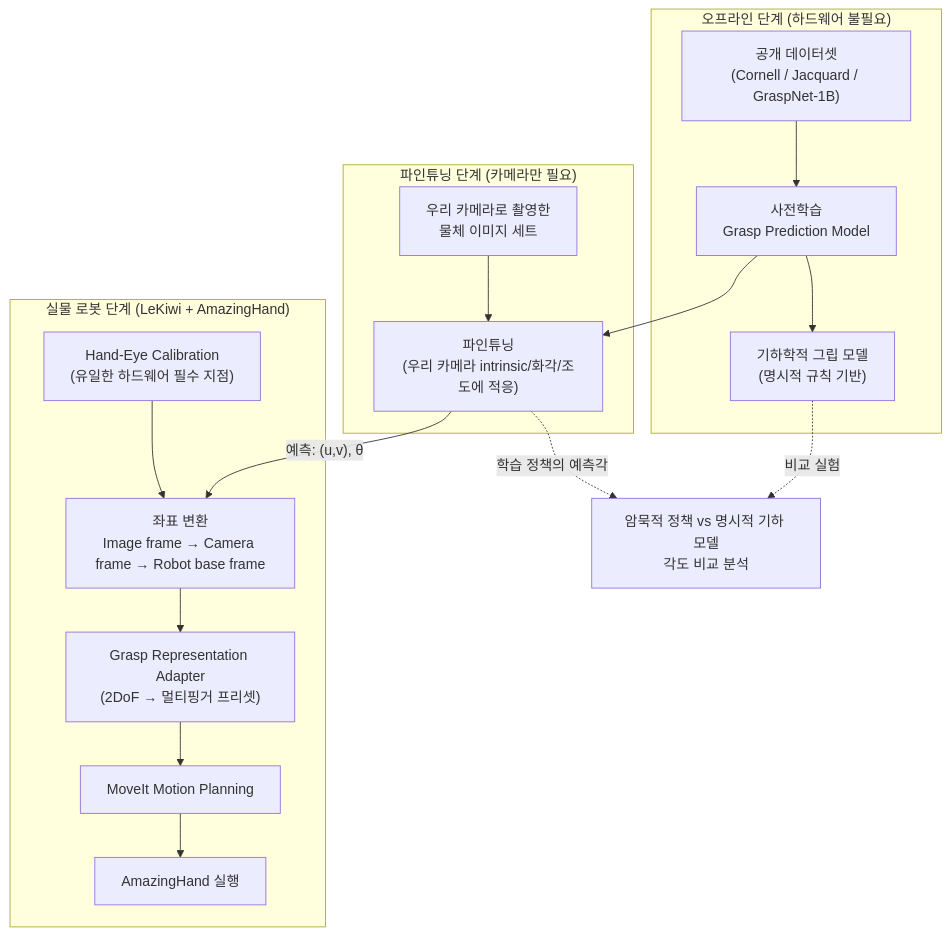
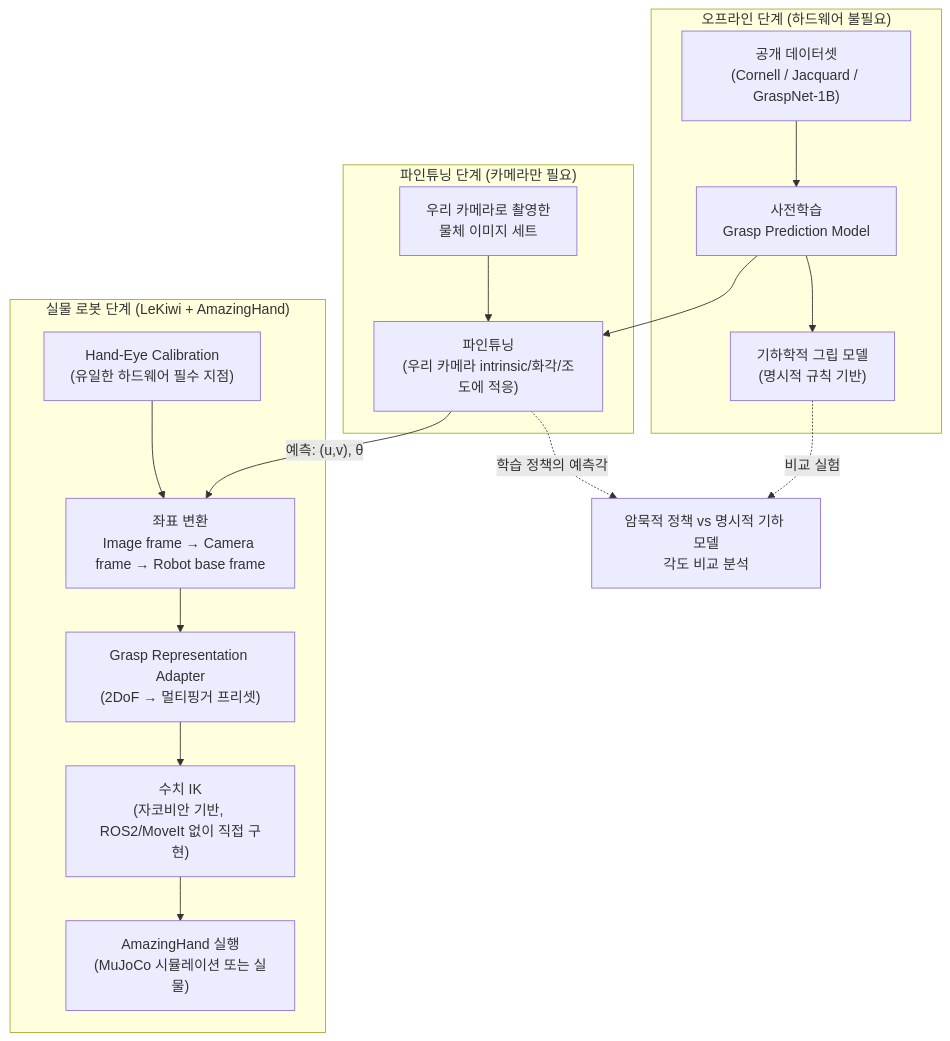
Before and after one commit to vpfmtldk/first-repository: the first of 2 diagrams in docs/grip-angle-auto-search.md, drawn with Mermaid. The commit also changed other lines of this file, not shown here.

First line of the commit message:
docs: Phase 4~6 파이프라인에서 ROS2 제거, MuJoCo-only로 전환

````diff
--- a/docs/grip-angle-auto-search.md
+++ b/docs/grip-angle-auto-search.md
@@ -35,29 +35,29 @@
 ```mermaid
 flowchart TB
     subgraph OFFLINE["오프라인 단계 (하드웨어 불필요)"]
         A["공개 데이터셋\n(Cornell / Jacquard / GraspNet-1B)"] --> B["사전학습\nGrasp Prediction Model"]
         B --> C["기하학적 그립 모델\n(명시적 규칙 기반)"]
     end
 
     subgraph FINETUNE["파인튜닝 단계 (카메라만 필요)"]
         D["우리 카메라로 촬영한\n물체 이미지 세트"] --> E["파인튜닝\n(우리 카메라 intrinsic/화각/조도에 적응)"]
         B --> E
     end
 
     subgraph REALWORLD["실물 로봇 단계 (LeKiwi + AmazingHand)"]
         F["Hand-Eye Calibration\n(유일한 하드웨어 필수 지점)"]
         G["좌표 변환\nImage frame → Camera frame → Robot base frame"]
         H["Grasp Representation Adapter\n(2DoF → 멀티핑거 프리셋)"]
-        I["MoveIt Motion Planning"]
-        J["AmazingHand 실행"]
+        I["수치 IK\n(자코비안 기반, ROS2/MoveIt 없이 직접 구현)"]
+        J["AmazingHand 실행\n(MuJoCo 시뮬레이션 또는 실물)"]
     end
 
     E -->|"예측: (u,v), θ"| G
     F --> G
     G --> H
     H --> I
     I --> J
 
     C -.비교 실험.-> K["암묵적 정책 vs 명시적 기하 모델\n각도 비교 분석"]
     E -.->|"학습 정책의 예측각"| K
 ```
````
